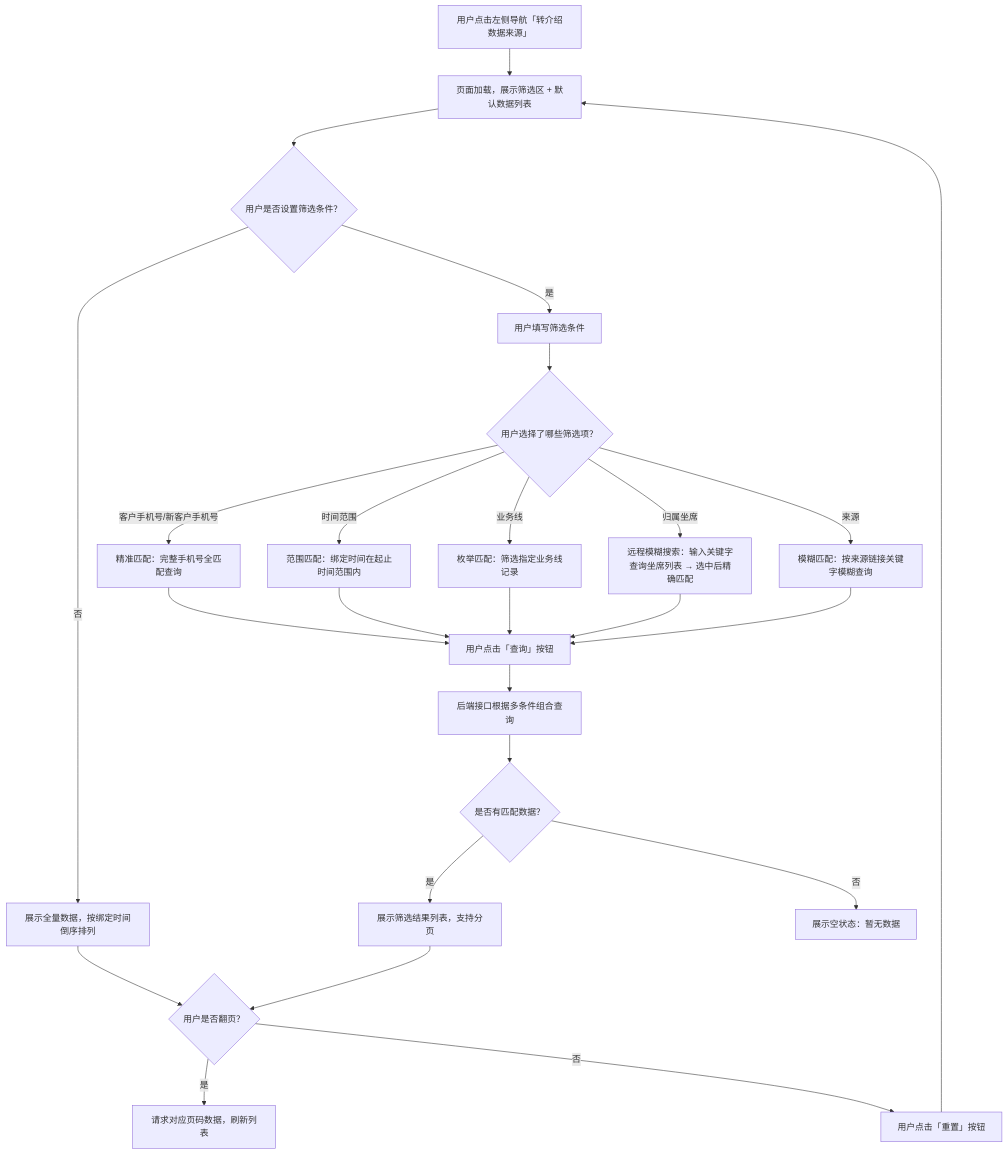
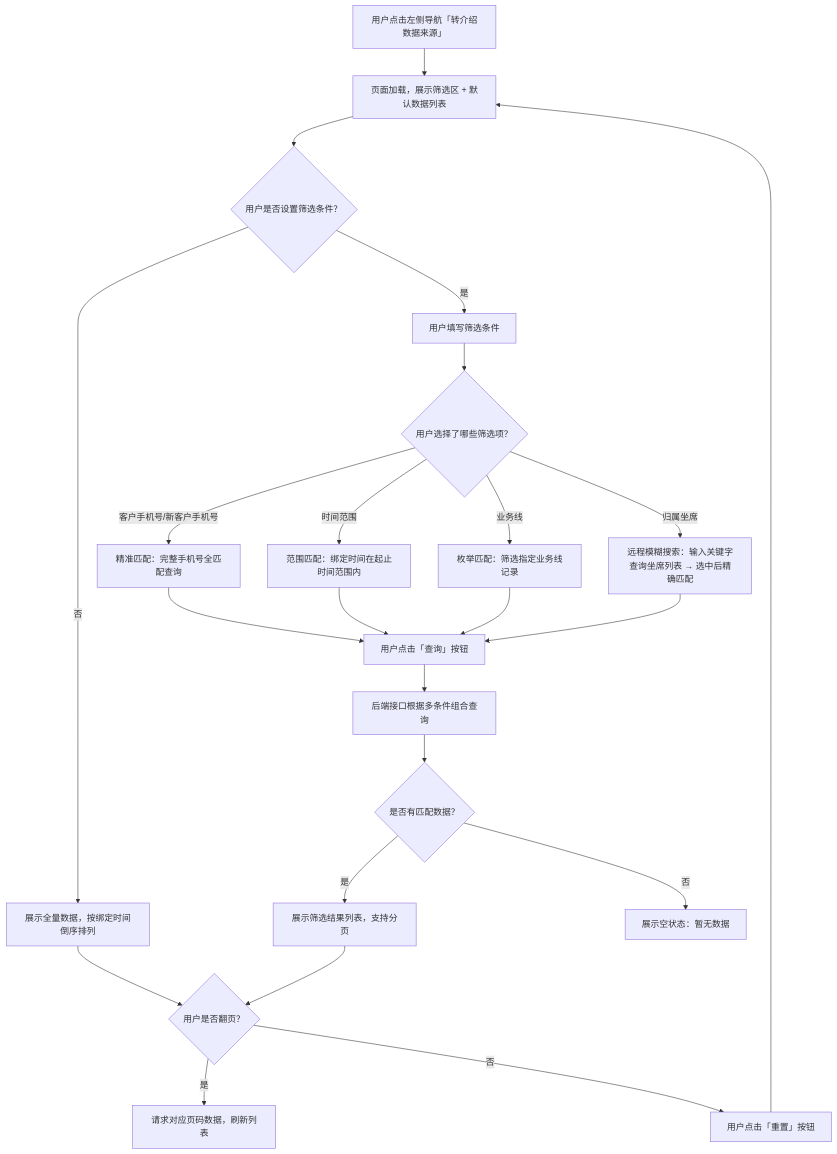
The diagram in 转介绍数据来源-PRD.md (Yping-98/referral-data-source), drawn with Mermaid before and after one commit. The commit also changed other lines of this file and 1 other file, not shown here.

````diff
--- a/转介绍数据来源-PRD.md
+++ b/转介绍数据来源-PRD.md
@@ -49,23 +51,22 @@
 ```mermaid
 flowchart TD
     A[用户点击左侧导航「转介绍数据来源」] --> B[页面加载，展示筛选区 + 默认数据列表]
     B --> C{用户是否设置筛选条件？}
     C -->|否| D[展示全量数据，按绑定时间倒序排列]
     C -->|是| E[用户填写筛选条件]
     E --> F{用户选择了哪些筛选项？}
     F -->|客户手机号/新客户手机号| G[精准匹配：完整手机号全匹配查询]
     F -->|时间范围| H[范围匹配：绑定时间在起止时间范围内]
     F -->|业务线| I[枚举匹配：筛选指定业务线记录]
     F -->|归属坐席| J[远程模糊搜索：输入关键字查询坐席列表 → 选中后精确匹配]
-    F -->|来源| K[模糊匹配：按来源链接关键字模糊查询]
-    G & H & I & J & K --> L[用户点击「查询」按钮]
+    G & H & I & J --> L[用户点击「查询」按钮]
     L --> M[后端接口根据多条件组合查询]
     M --> N{是否有匹配数据？}
     N -->|是| O[展示筛选结果列表，支持分页]
     N -->|否| P[展示空状态：暂无数据]
     O --> Q{用户是否翻页？}
     Q -->|是| R[请求对应页码数据，刷新列表]
     Q -->|否| S[用户点击「重置」按钮]
     S --> B
     D --> Q
 ```
````
